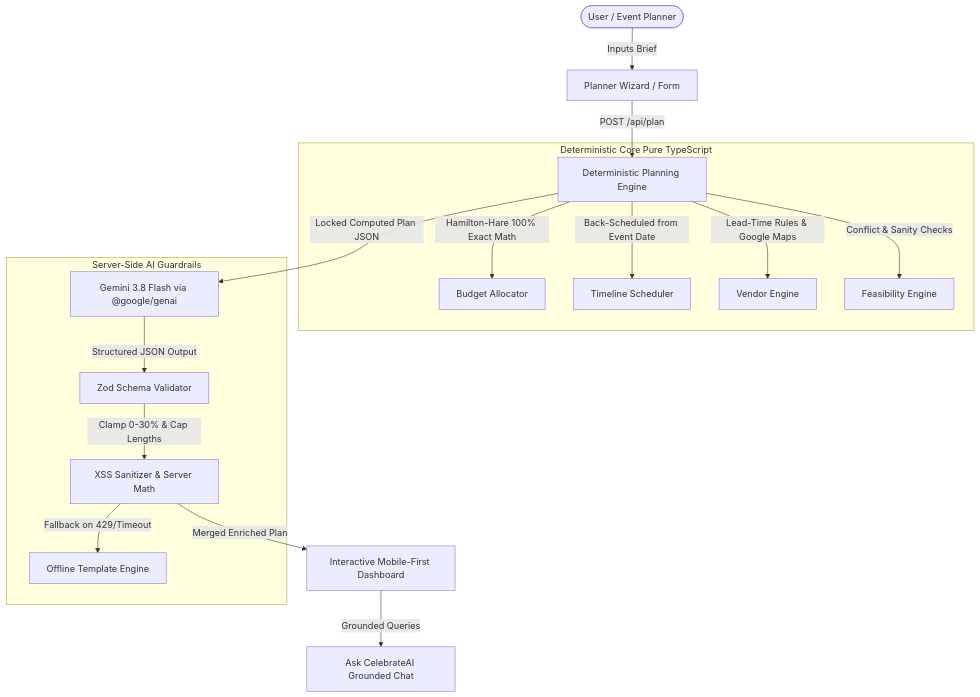
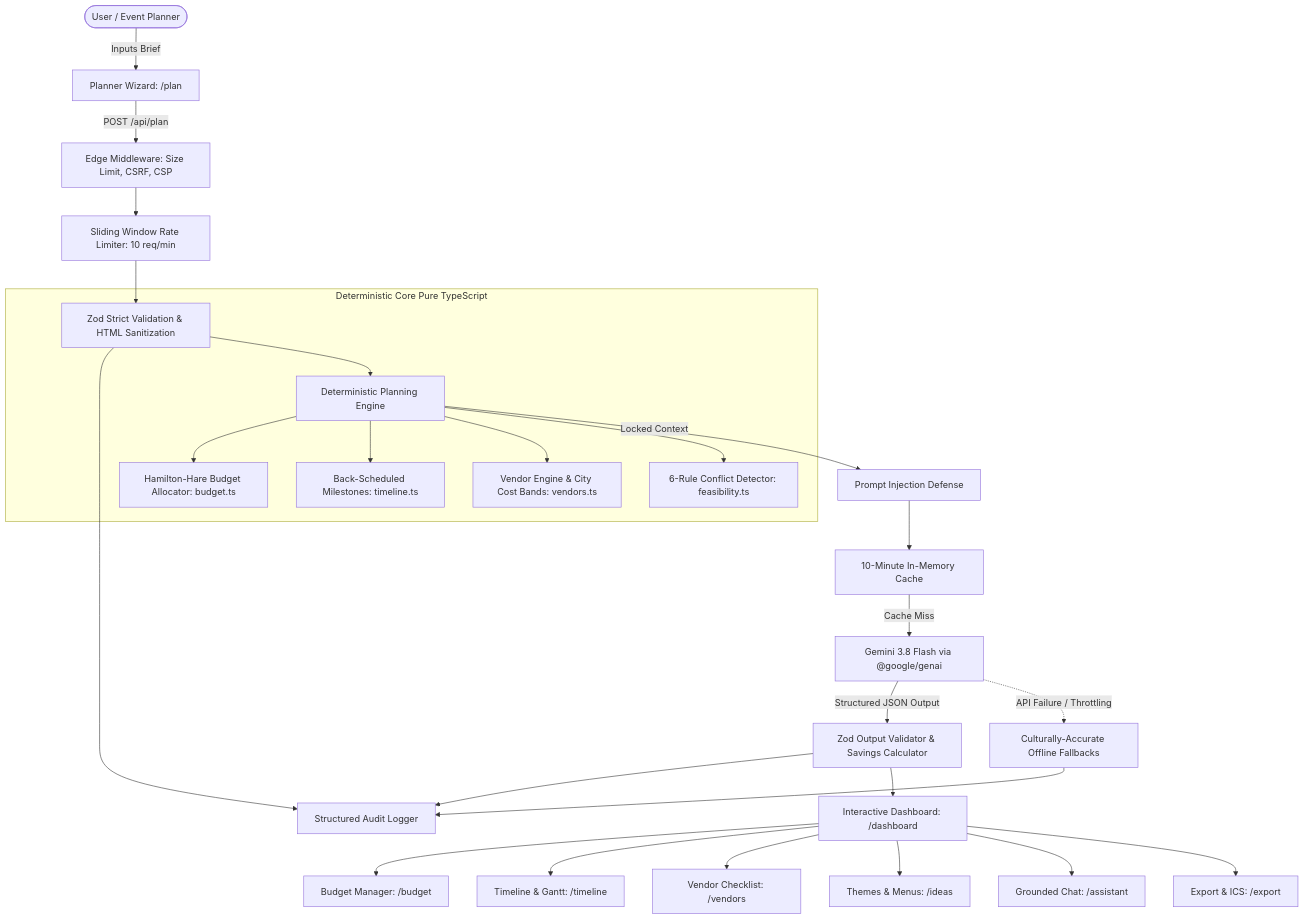
One commit to psryogeshwar-14/CelebrateAI changed the diagram in README.md. Above: the diagram before and after it, drawn with Mermaid. The commit also changed other lines of this file and 27 other files, not shown here.

Commit message:
feat(security): harden application for production review, comprehensive test coverage (110 tests), CI, and architecture docs

````diff
--- a/README.md
+++ b/README.md
@@ -13,23 +19,32 @@
 ```mermaid
 flowchart TD
-    User([User / Event Planner]) -->|Inputs Brief| Wizard[Planner Wizard / Form]
-    Wizard -->|POST /api/plan| Engine[Deterministic Planning Engine]
+    User([User / Event Planner]) -->|Inputs Brief| Wizard[Planner Wizard: /plan]
+    Wizard -->|POST /api/plan| EdgeGuard[Edge Middleware: Size Limit, CSRF, CSP]
+    EdgeGuard --> RateLimit[Sliding Window Rate Limiter: 10 req/min]
+    RateLimit --> ZodStrict[Zod Strict Validation & HTML Sanitization]
+    ZodStrict --> Audit[Structured Audit Logger]
 
     subgraph Deterministic Core Pure TypeScript
-        Engine -->|Hamilton-Hare 100% Exact Math| Allocator[Budget Allocator]
-        Engine -->|Back-Scheduled from Event Date| Scheduler[Timeline Scheduler]
-        Engine -->|Lead-Time Rules & Google Maps| VendorRules[Vendor Engine]
-        Engine -->|Conflict & Sanity Checks| Feasibility[Feasibility Engine]
+        ZodStrict --> Engine[Deterministic Planning Engine]
+        Engine --> Allocator[Hamilton-Hare Budget Allocator: budget.ts]
+        Engine --> Scheduler[Back-Scheduled Milestones: timeline.ts]
+        Engine --> VendorRules[Vendor Engine & City Cost Bands: vendors.ts]
+        Engine --> Feasibility[6-Rule Conflict Detector: feasibility.ts]
     end
 
-    Engine -->|Locked Computed Plan JSON| Gemini[Gemini 3.8 Flash via @google/genai]
+    Engine -->|Locked <computed_plan> Context| Prompts[Prompt Injection Defense]
+    Prompts --> Cache[10-Minute In-Memory Cache]
+    Cache -->|Cache Miss| Gemini[Gemini 3.8 Flash via @google/genai]
+    Gemini -->|Structured JSON Output| Validator[Zod Output Validator & Savings Calculator]
+    Gemini -.->|API Failure / Throttling| Fallback[Culturally-Accurate Offline Fallbacks]
+    Validator --> Audit
+    Fallback --> Audit
 
-    subgraph Server-Side AI Guardrails
-        Gemini -->|Structured JSON Output| ZodParser[Zod Schema Validator]
-        ZodParser -->|Clamp 0-30% & Cap Lengths| Sanitizer[XSS Sanitizer & Server Math]
-        Sanitizer -->|Fallback on 429/Timeout| Fallback[Offline Template Engine]
-    end
-
-    Sanitizer -->|Merged Enriched Plan| Dashboard[Interactive Mobile-First Dashboard]
-    Dashboard -->|Grounded Queries| Assistant[Ask CelebrateAI Grounded Chat]
+    Validator --> Dashboard[Interactive Dashboard: /dashboard]
+    Dashboard --> BudgetPage[Budget Manager: /budget]
+    Dashboard --> TimelinePage[Timeline & Gantt: /timeline]
+    Dashboard --> VendorPage[Vendor Checklist: /vendors]
+    Dashboard --> IdeasPage[Themes & Menus: /ideas]
+    Dashboard --> AssistantPage[Grounded Chat: /assistant]
+    Dashboard --> ExportPage[Export & ICS: /export]
 ```
````
